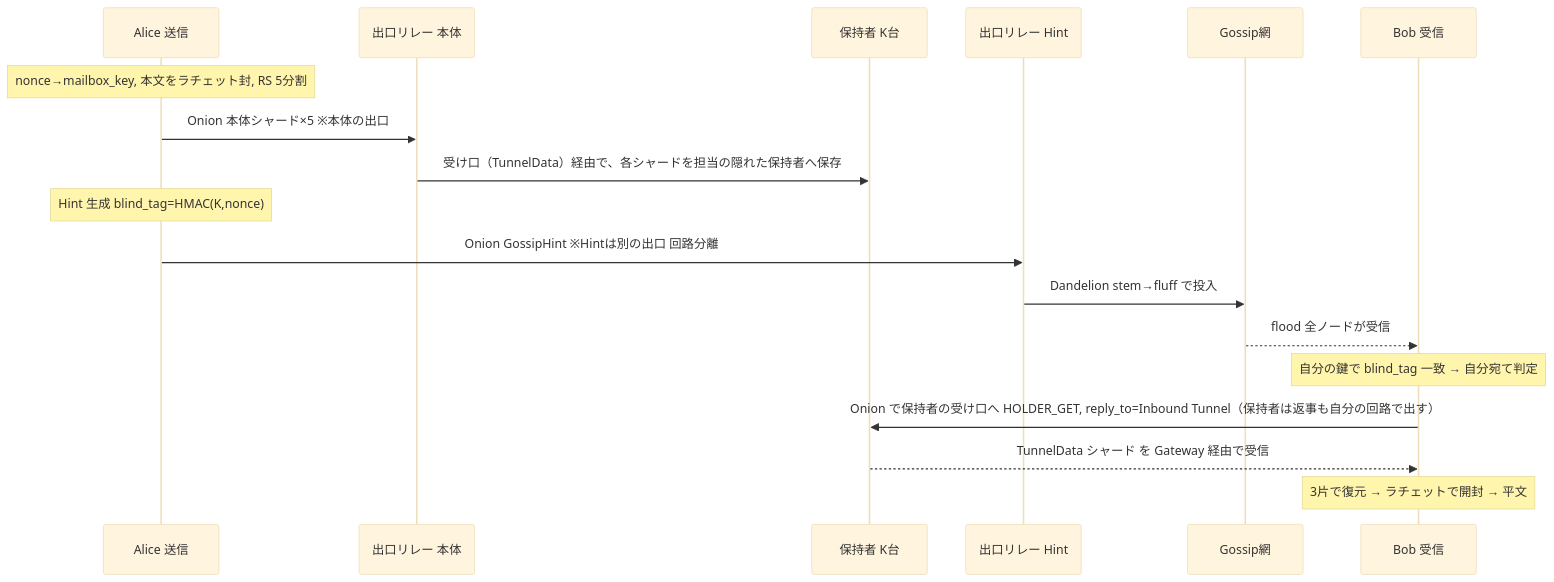
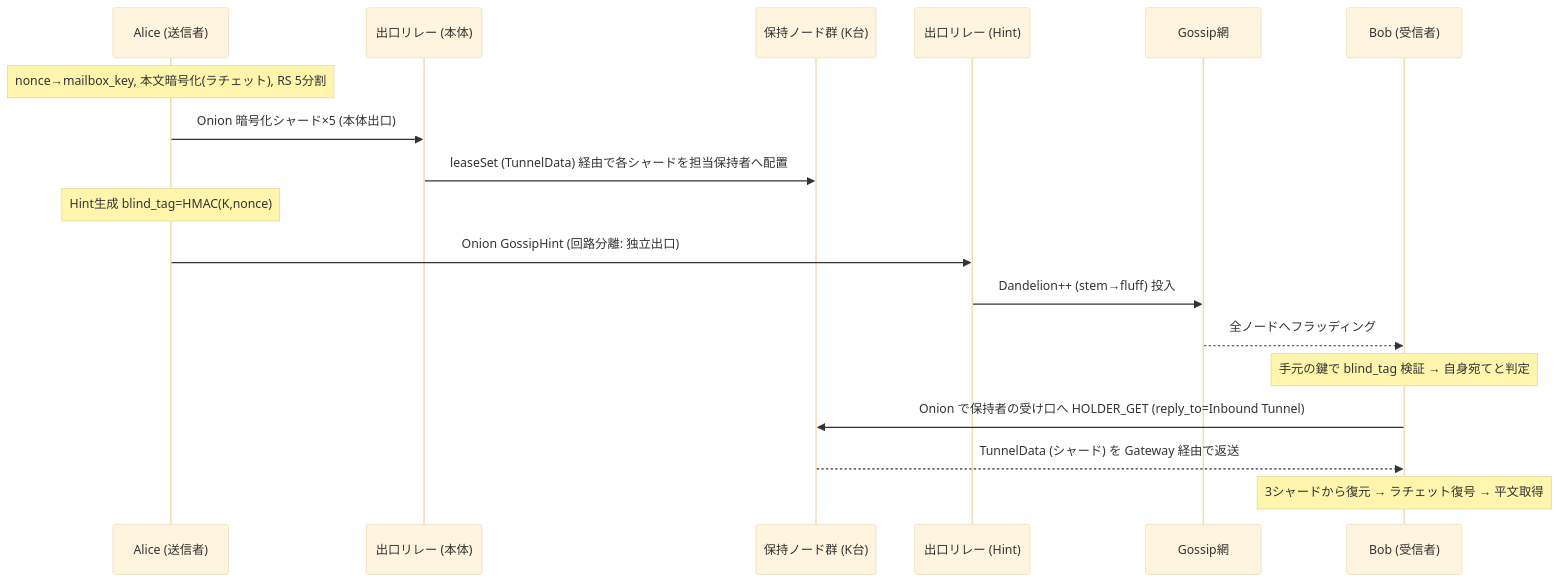
One commit to jkfujinami/AETHER changed the diagram in README.md. Above: the diagram before and after it, drawn with Mermaid (base theme). The commit also changed other lines of this file and 1 other file, not shown here.

````diff
--- a/README.md
+++ b/README.md
@@ -272,21 +276,21 @@
 ```mermaid
 sequenceDiagram
-    participant A as Alice 送信
-    participant Eb as 出口リレー 本体
-    participant H as 保持者 K台
-    participant Eh as 出口リレー Hint
+    participant A as Alice (送信者)
+    participant Eb as 出口リレー (本体)
+    participant H as 保持ノード群 (K台)
+    participant Eh as 出口リレー (Hint)
     participant G as Gossip網
-    participant B as Bob 受信
+    participant B as Bob (受信者)
 
-    Note over A: nonce→mailbox_key, 本文をラチェット封, RS 5分割
-    A->>Eb: Onion 本体シャード×5  ※本体の出口
-    Eb->>H: 受け口（TunnelData）経由で、各シャードを担当の隠れた保持者へ保存
-    Note over A: Hint 生成 blind_tag=HMAC(K,nonce)
-    A->>Eh: Onion GossipHint  ※Hintは別の出口 回路分離
-    Eh->>G: Dandelion stem→fluff で投入
-    G-->>B: flood 全ノードが受信
-    Note over B: 自分の鍵で blind_tag 一致 → 自分宛て判定
-    B->>H: Onion で保持者の受け口へ HOLDER_GET, reply_to=Inbound Tunnel（保持者は返事も自分の回路で出す）
-    H-->>B: TunnelData シャード を Gateway 経由で受信
-    Note over B: 3片で復元 → ラチェットで開封 → 平文
+    Note over A: nonce→mailbox_key, 本文暗号化(ラチェット), RS 5分割
+    A->>Eb: Onion 暗号化シャード×5 (本体出口)
+    Eb->>H: leaseSet (TunnelData) 経由で各シャードを担当保持者へ配置
+    Note over A: Hint生成 blind_tag=HMAC(K,nonce)
+    A->>Eh: Onion GossipHint (回路分離: 独立出口)
+    Eh->>G: Dandelion++ (stem→fluff) 投入
+    G-->>B: 全ノードへフラッディング
+    Note over B: 手元の鍵で blind_tag 検証 → 自身宛てと判定
+    B->>H: Onion で保持者の受け口へ HOLDER_GET (reply_to=Inbound Tunnel)
+    H-->>B: TunnelData (シャード) を Gateway 経由で返送
+    Note over B: 3シャードから復元 → ラチェット復号 → 平文取得
 ```
````
